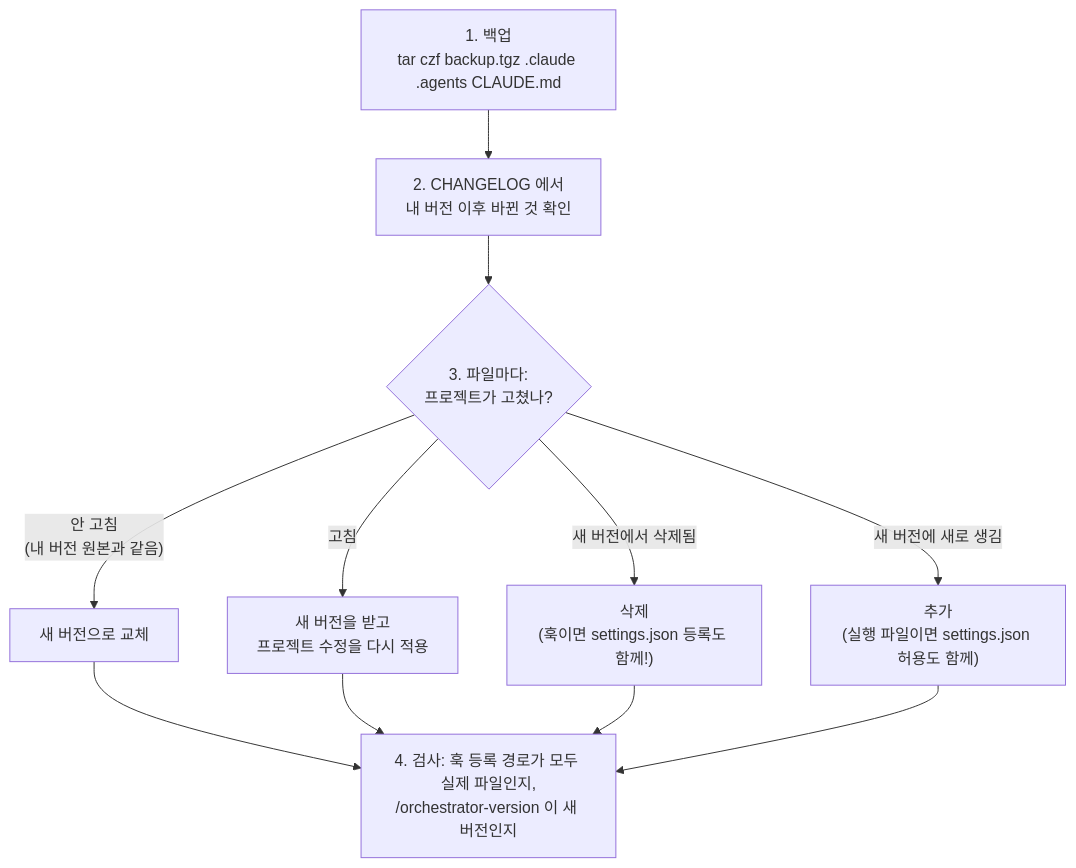
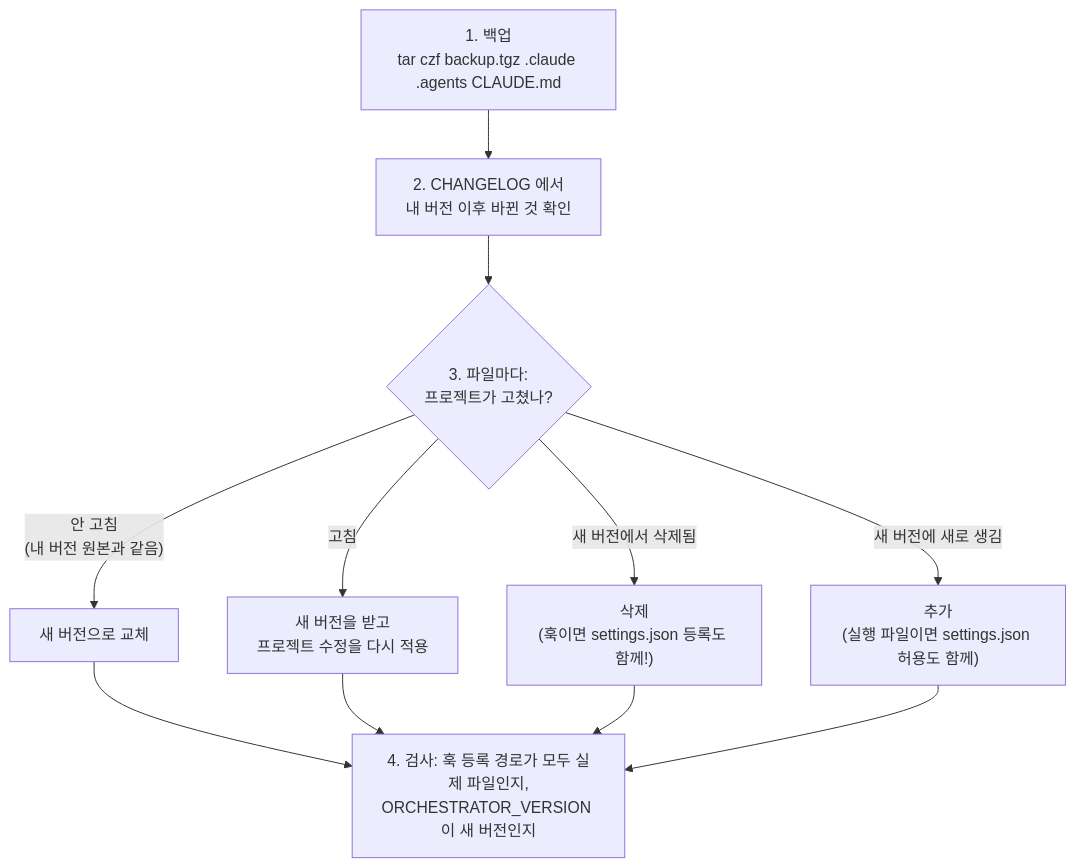
One commit to GunwooYun/claude-code-orchestrator changed the sixth of 6 diagrams in README.md. Above: the diagram before and after it, drawn with Mermaid. The commit also changed other lines of this file and 11 other files, not shown here.

````diff
--- a/README.md
+++ b/README.md
@@ -508,13 +530,13 @@
 ```mermaid
 flowchart TD
     A["1. 백업<br/>tar czf backup.tgz .claude .agents CLAUDE.md"] --> B["2. CHANGELOG 에서<br/>내 버전 이후 바뀐 것 확인"]
     B --> C{"3. 파일마다:<br/>프로젝트가 고쳤나?"}
     C -- "안 고침<br/>(내 버전 원본과 같음)" --> D["새 버전으로 교체"]
     C -- "고침" --> E["새 버전을 받고<br/>프로젝트 수정을 다시 적용"]
     C -- "새 버전에서 삭제됨" --> F["삭제<br/>(훅이면 settings.json 등록도 함께!)"]
     C -- "새 버전에 새로 생김" --> H["추가<br/>(실행 파일이면 settings.json 허용도 함께)"]
-    D --> G["4. 검사: 훅 등록 경로가 모두 실제 파일인지,<br/>/orchestrator-version 이 새 버전인지"]
+    D --> G["4. 검사: 훅 등록 경로가 모두 실제 파일인지,<br/>ORCHESTRATOR_VERSION 이 새 버전인지"]
     E --> G
     F --> G
     H --> G
 ```
````
